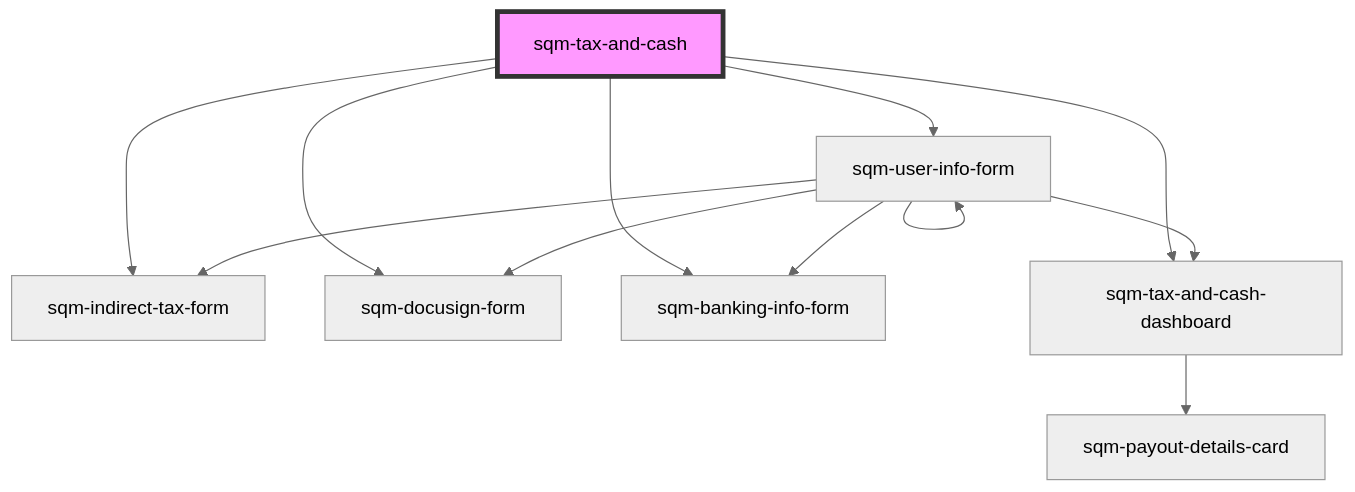
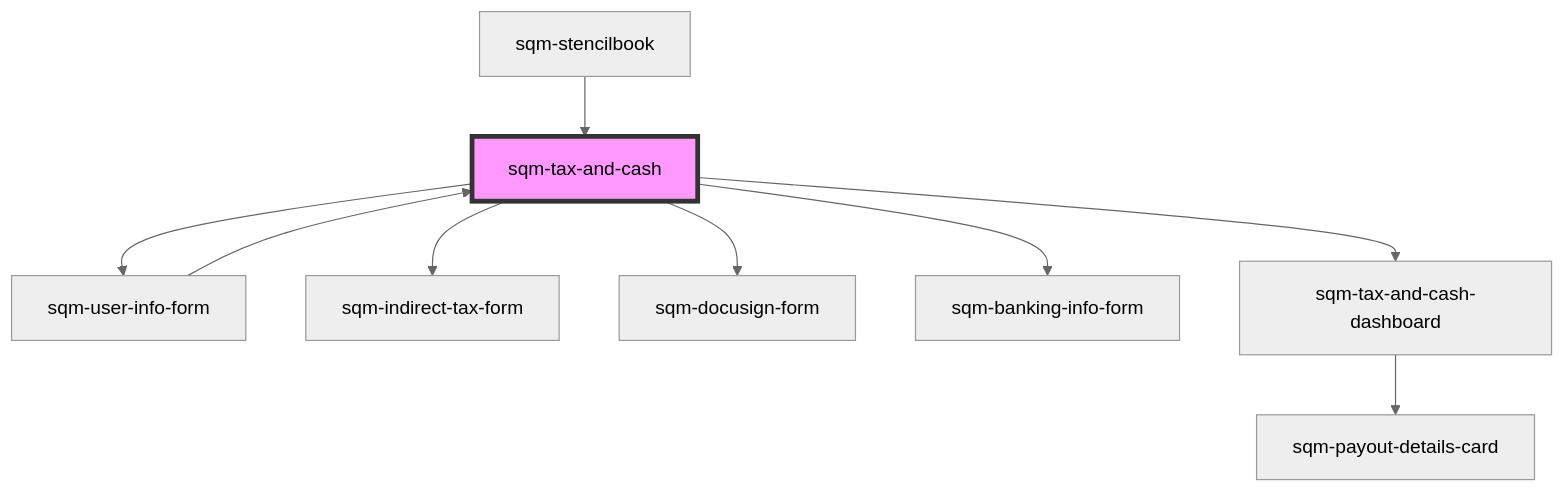
The diagram in packages/mint-components/src/components/tax-and-cash/sqm-tax-and-cash/readme.md (saasquatch/program-tools), drawn with Mermaid (neutral theme) before and after one commit. The commit also changed other lines of this file and 7 other files, not shown here.

````diff
--- a/packages/mint-components/src/components/tax-and-cash/sqm-tax-and-cash/readme.md
+++ b/packages/mint-components/src/components/tax-and-cash/sqm-tax-and-cash/readme.md
@@ -155,15 +158,12 @@
 ```mermaid
 graph TD;
   sqm-tax-and-cash --> sqm-user-info-form
   sqm-tax-and-cash --> sqm-indirect-tax-form
   sqm-tax-and-cash --> sqm-docusign-form
   sqm-tax-and-cash --> sqm-banking-info-form
   sqm-tax-and-cash --> sqm-tax-and-cash-dashboard
-  sqm-user-info-form --> sqm-user-info-form
-  sqm-user-info-form --> sqm-indirect-tax-form
-  sqm-user-info-form --> sqm-docusign-form
-  sqm-user-info-form --> sqm-banking-info-form
-  sqm-user-info-form --> sqm-tax-and-cash-dashboard
+  sqm-user-info-form --> sqm-tax-and-cash
   sqm-tax-and-cash-dashboard --> sqm-payout-details-card
+  sqm-stencilbook --> sqm-tax-and-cash
   style sqm-tax-and-cash fill:#f9f,stroke:#333,stroke-width:4px
 ```
````
